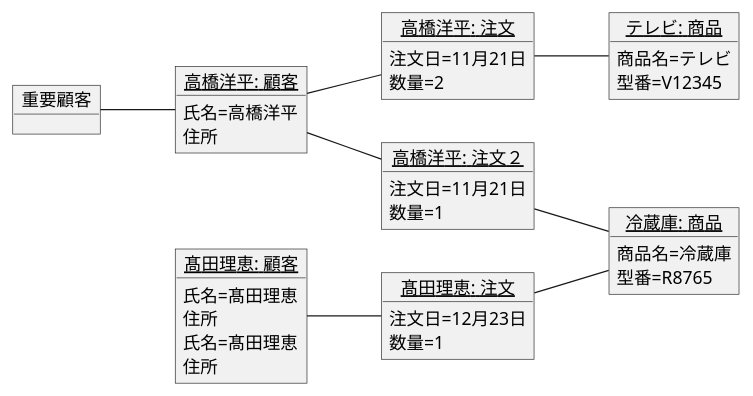
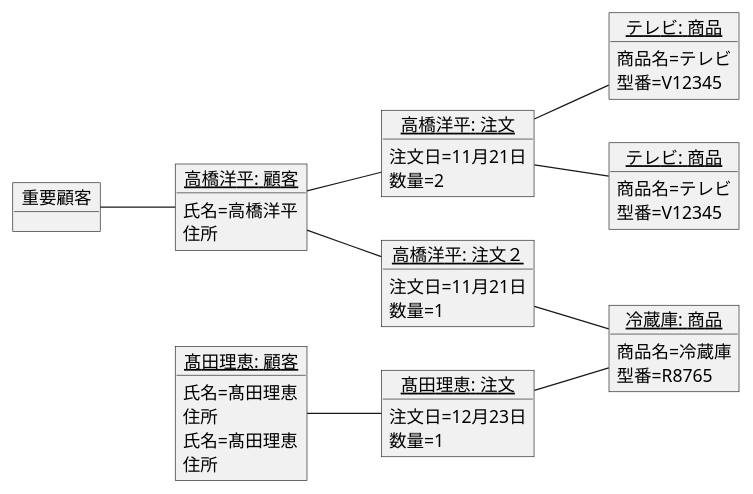
The diagram in 演習3-7_OBJ_注文のオブジェクト図.pu (tanumahikaru/uml-into), drawn with PlantUML before and after one commit.

Commit message:
3-7直し

```diff
--- a/演習3-7_OBJ_注文のオブジェクト図.pu
+++ b/演習3-7_OBJ_注文のオブジェクト図.pu
@@ -1,46 +1,51 @@
 @startuml 演習３－７
 left to right direction
 object 重要顧客 {
 
 }
 object "<u>高橋洋平: 顧客</u>" as k1 {
 氏名=高橋洋平
 住所
 }
 object "<u>髙田理恵: 顧客</u>" as k2 {
 氏名=髙田理恵
 住所
 }
 object "<u>: 顧客</u>" as k2 {
 氏名=髙田理恵
 住所
 }
 object "<u>テレビ: 商品</u>" as s1 {
+商品名=テレビ
+型番=V12345
+}
+object "<u>テレビ: 商品</u>" as s3 {
 商品名=テレビ
 型番=V12345
 }
 object "<u>冷蔵庫: 商品</u>" as s2 {
 商品名=冷蔵庫
 型番=R8765
 }
 object "<u>高橋洋平: 注文</u>" as t1 {
 注文日=11月21日
 数量=2
 }
 object "<u>高橋洋平: 注文２</u>" as t2 {
 注文日=11月21日
 数量=1
 }
 object "<u>髙田理恵: 注文</u>" as t3 {
 注文日=12月23日
 数量=1
 }
 重要顧客 -- k1
 k1 -- t1
 t1 -- s1
+t1 -- s3
 k2 -- t3
 t3 -- s2
 k1 -- t2
 t2 --s2
 
 @enduml
```
